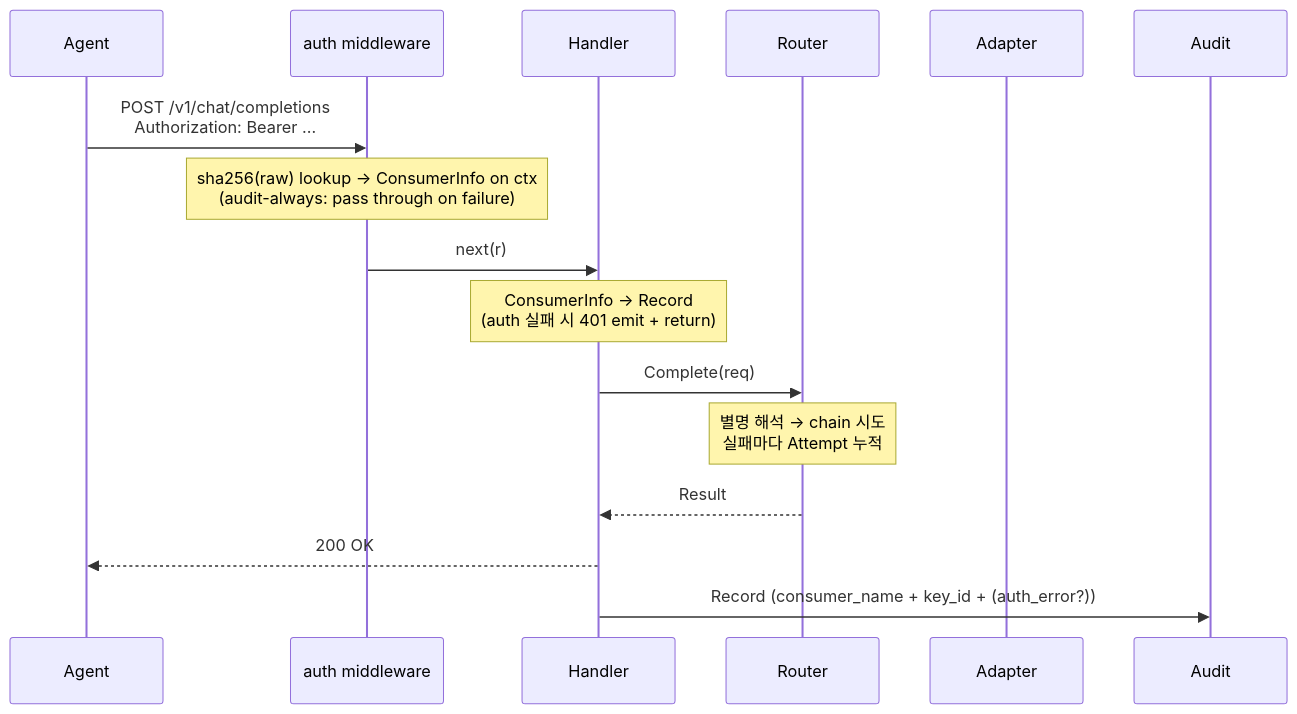
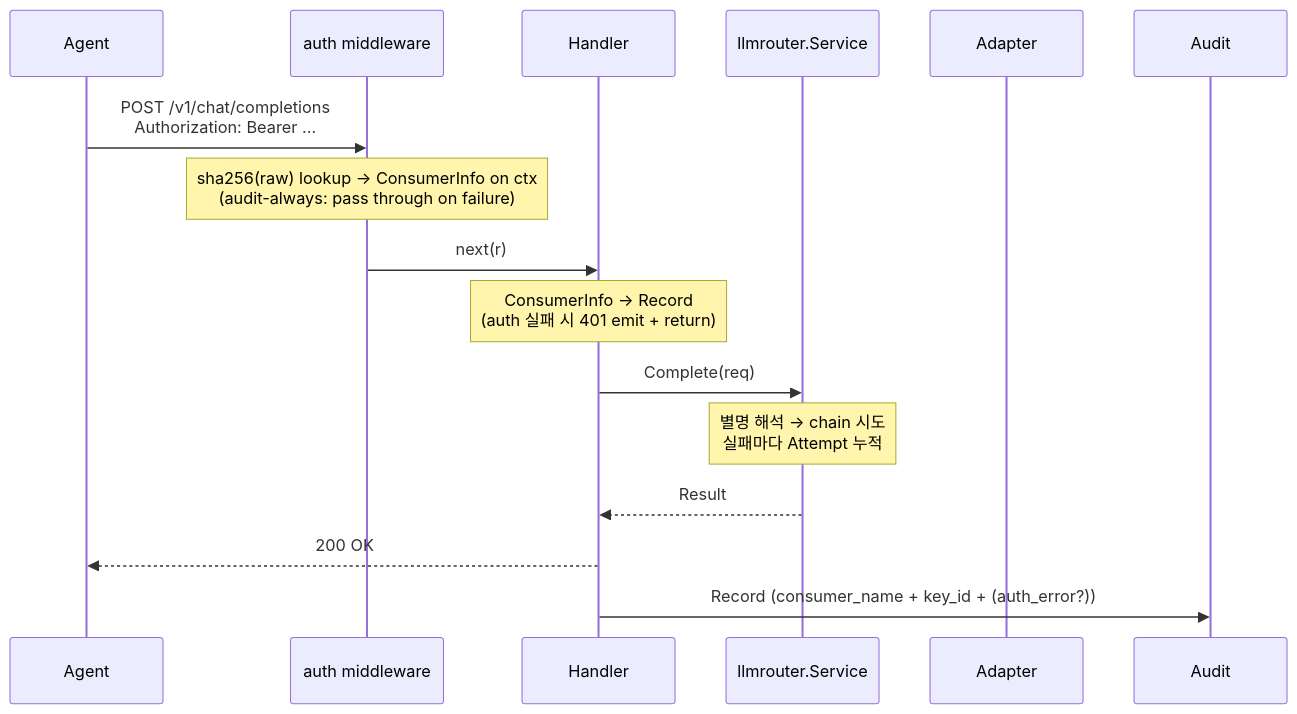
One commit to cagojeiger/llmgate changed the fourth of 4 diagrams in docs/architecture.md. Above: the diagram before and after it, drawn with Mermaid. The commit also changed other lines of this file and 43 other files, not shown here.

````diff
--- a/docs/architecture.md
+++ b/docs/architecture.md
@@ -217,19 +220,19 @@
 ```mermaid
 sequenceDiagram
     participant A as Agent
     participant M as auth middleware
     participant H as Handler
-    participant R as Router
+    participant S as llmrouter.Service
     participant P as Adapter
     participant Au as Audit
 
     A->>M: POST /v1/chat/completions<br/>Authorization: Bearer ...
     Note over M: sha256(raw) lookup → ConsumerInfo on ctx<br/>(audit-always: pass through on failure)
     M->>H: next(r)
     Note over H: ConsumerInfo → Record<br/>(auth 실패 시 401 emit + return)
-    H->>R: Complete(req)
-    Note over R: 별명 해석 → chain 시도<br/>실패마다 Attempt 누적
-    R-->>H: Result
+    H->>S: Complete(req)
+    Note over S: 별명 해석 → chain 시도<br/>실패마다 Attempt 누적
+    S-->>H: Result
     H-->>A: 200 OK
     H->>Au: Record (consumer_name + key_id + (auth_error?))
 ```
````
